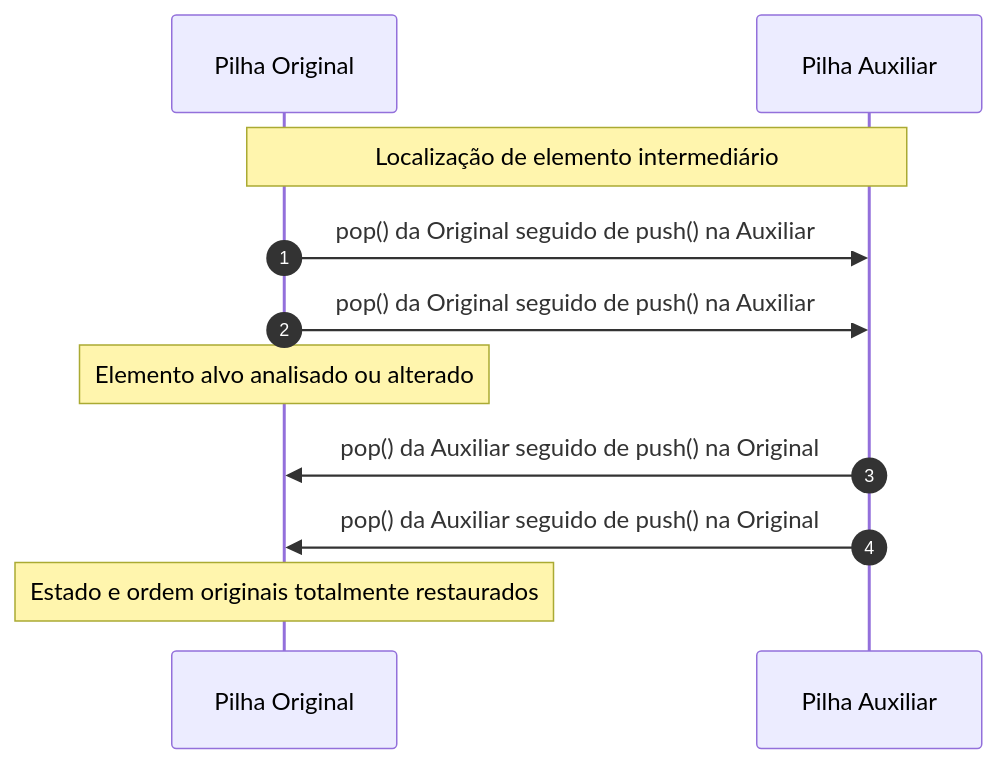
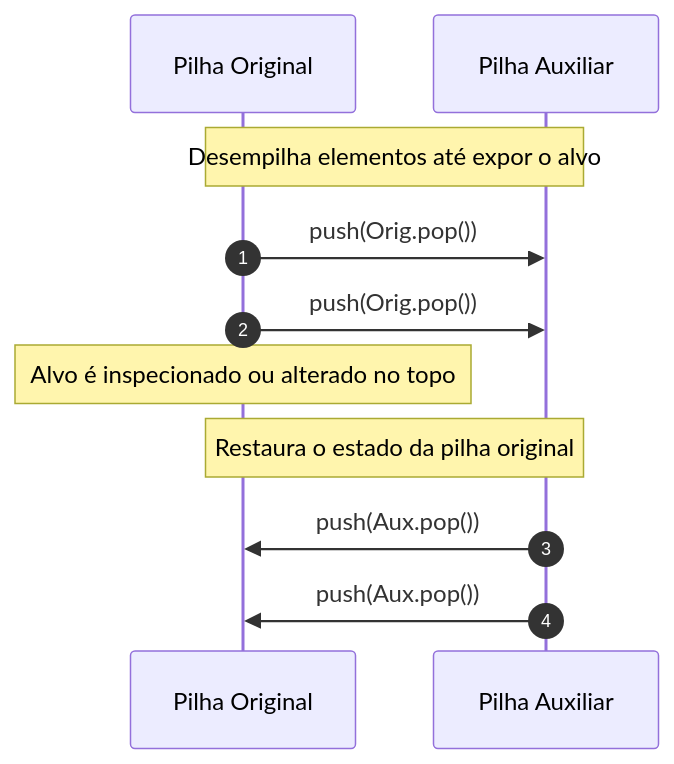
One commit to murilolol/unifef changed diagram 19 of 22 in 4º Semestre/[Prof. Wesley Soares] Estrutura de Dados I/Resumos-IA/Caderno-Consolidado.md. Above: the diagram before and after it, drawn with Mermaid. The commit also changed other lines of this file and 25 other files, not shown here.

````diff
--- a/4º Semestre/[Prof. Wesley Soares] Estrutura de Dados I/Resumos-IA/Caderno-Consolidado.md
+++ b/4º Semestre/[Prof. Wesley Soares] Estrutura de Dados I/Resumos-IA/Caderno-Consolidado.md
@@ -1071,14 +1120,13 @@
 ```mermaid
 sequenceDiagram
     autonumber
-    participant Original as Pilha Original
+    participant Orig as Pilha Original
     participant Aux as Pilha Auxiliar
-    
-    Note over Original,Aux: Localização de elemento intermediário
-    Original->>Aux: pop() da Original seguido de push() na Auxiliar
-    Original->>Aux: pop() da Original seguido de push() na Auxiliar
-    Note over Original: Elemento alvo analisado ou alterado
-    Aux->>Original: pop() da Auxiliar seguido de push() na Original
-    Aux->>Original: pop() da Auxiliar seguido de push() na Original
-    Note over Original: Estado e ordem originais totalmente restaurados
+    Note over Orig,Aux: Desempilha elementos até expor o alvo
+    Orig->>Aux: push(Orig.pop())
+    Orig->>Aux: push(Orig.pop())
+    Note over Orig: Alvo é inspecionado ou alterado no topo
+    Note over Orig,Aux: Restaura o estado da pilha original
+    Aux->>Orig: push(Aux.pop())
+    Aux->>Orig: push(Aux.pop())
 ```
````
